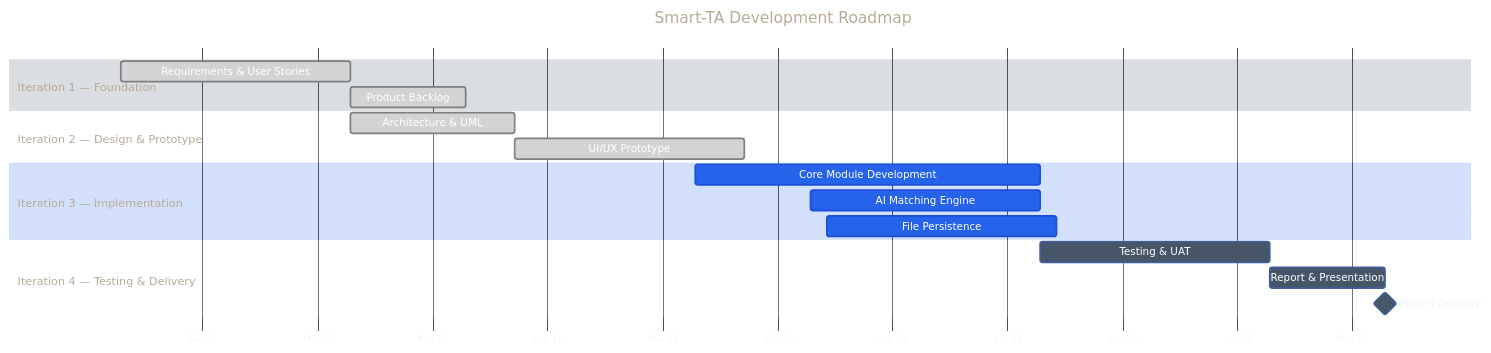
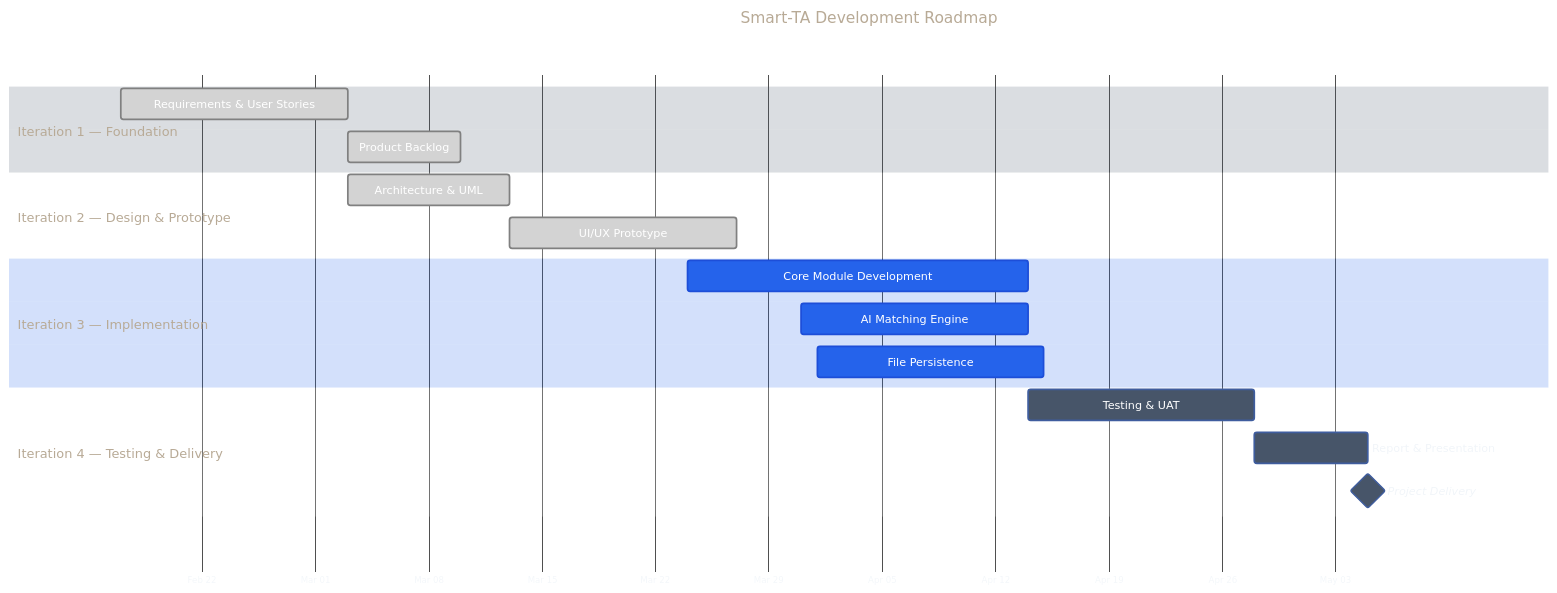
Before and after one commit to easyknowledge/Teaching-Assistant-Recruitment-System: the second of 2 diagrams in README.md, drawn with Mermaid.

Commit message:
Modify Gantt chart settings for better display
Updated Gantt chart configuration in README.

````diff
--- a/README.md
+++ b/README.md
@@ -199,25 +199,25 @@
 ```mermaid
-%%{init: {'theme':'base','themeVariables':{'primaryColor':'#2563eb','primaryTextColor':'#ffffff','secondaryColor':'#64748b','tertiaryColor':'#475569','lineColor':'#94a3b8','textColor':'#f1f5f9','taskBkgColor':'#475569','taskTextColor':'#ffffff','taskTextLightColor':'#ffffff','taskTextDarkColor':'#ffffff','activeTaskBkgColor':'#2563eb','activeTaskBorderColor':'#1d4ed8','gridColor':'#334155','todayLineColor':'#ef4444'},'gantt':{'useWidth':1800,'useMaxWidth':true,'leftPadding':130,'rightPadding':200,'barHeight':24,'barGap':6,'fontSize':12,'sectionFontSize':13,'titleTopMargin':20,'topPadding':64}}}%%
+%%{init: {'theme':'base','themeVariables':{'primaryColor':'#2563eb','primaryTextColor':'#ffffff','secondaryColor':'#64748b','tertiaryColor':'#475569','lineColor':'#94a3b8','textColor':'#f1f5f9','taskBkgColor':'#475569','taskTextColor':'#ffffff','taskTextLightColor':'#ffffff','taskTextDarkColor':'#ffffff','activeTaskBkgColor':'#2563eb','activeTaskBorderColor':'#1d4ed8','gridColor':'#334155','todayLineColor':'#ef4444'},'gantt':{'useWidth':2000,'useMaxWidth':true,'leftPadding':130,'rightPadding':420,'barHeight':36,'barGap':14,'fontSize':13,'sectionFontSize':15,'titleTopMargin':36,'topPadding':112}}}%%
 gantt
     title Smart-TA Development Roadmap
     dateFormat  YYYY-MM-DD
     axisFormat  %b %d
 
     section Iteration 1 — Foundation
     Requirements & User Stories                     :done, i1a, 2026-02-17, 14d
     Product Backlog                                 :done, i1b, after i1a, 7d
 
     section Iteration 2 — Design & Prototype
     Architecture & UML                              :done, i2a, 2026-03-03, 10d
     UI/UX Prototype                                 :done, i2b, after i2a, 14d
 
     section Iteration 3 — Implementation
     Core Module Development                         :active, i3a, 2026-03-24, 21d
     AI Matching Engine                              :active, i3b, 2026-03-31, 14d
     File Persistence                                :active, i3c, 2026-04-01, 14d
 
     section Iteration 4 — Testing & Delivery
     Testing & UAT                                   :i4a, 2026-04-14, 14d
     Report & Presentation                           :i4b, after i4a, 7d
     Project Delivery                                :milestone, 2026-05-05, 0d
 ```
````
